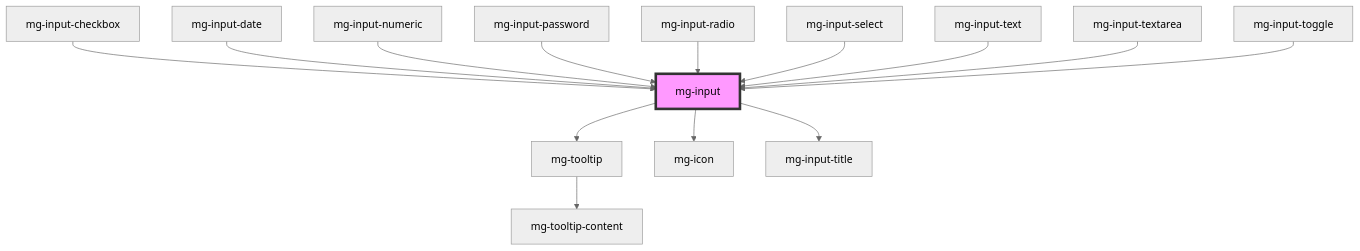
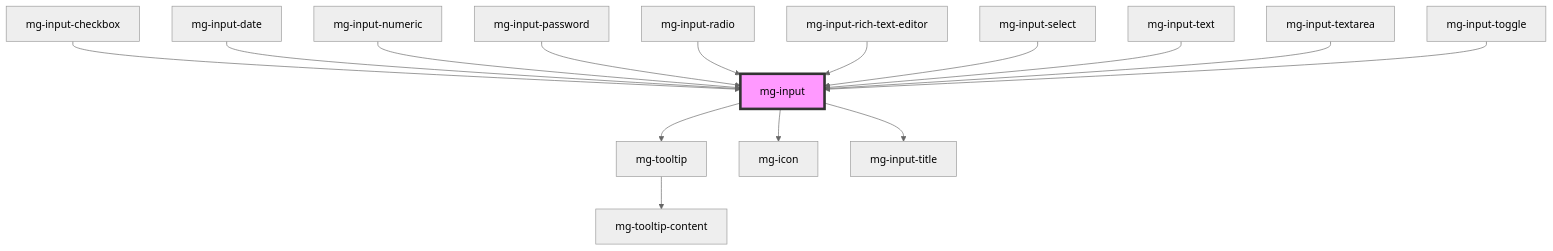
The diagram in packages/mg-components/src/components/molecules/inputs/mg-input/readme.md (MGDIS/core-ui), drawn with Mermaid (neutral theme) before and after one commit. The commit also changed other lines of this file and 7 other files, not shown here.

First line of the commit message:
feat(mg-input-rich-text-editor): init

````diff
--- a/packages/mg-components/src/components/molecules/inputs/mg-input/readme.md
+++ b/packages/mg-components/src/components/molecules/inputs/mg-input/readme.md
@@ -152,17 +153,18 @@
 ```mermaid
 graph TD;
   mg-input --> mg-tooltip
   mg-input --> mg-icon
   mg-input --> mg-input-title
   mg-tooltip --> mg-tooltip-content
   mg-input-checkbox --> mg-input
   mg-input-date --> mg-input
   mg-input-numeric --> mg-input
   mg-input-password --> mg-input
   mg-input-radio --> mg-input
+  mg-input-rich-text-editor --> mg-input
   mg-input-select --> mg-input
   mg-input-text --> mg-input
   mg-input-textarea --> mg-input
   mg-input-toggle --> mg-input
   style mg-input fill:#f9f,stroke:#333,stroke-width:4px
 ```
````
